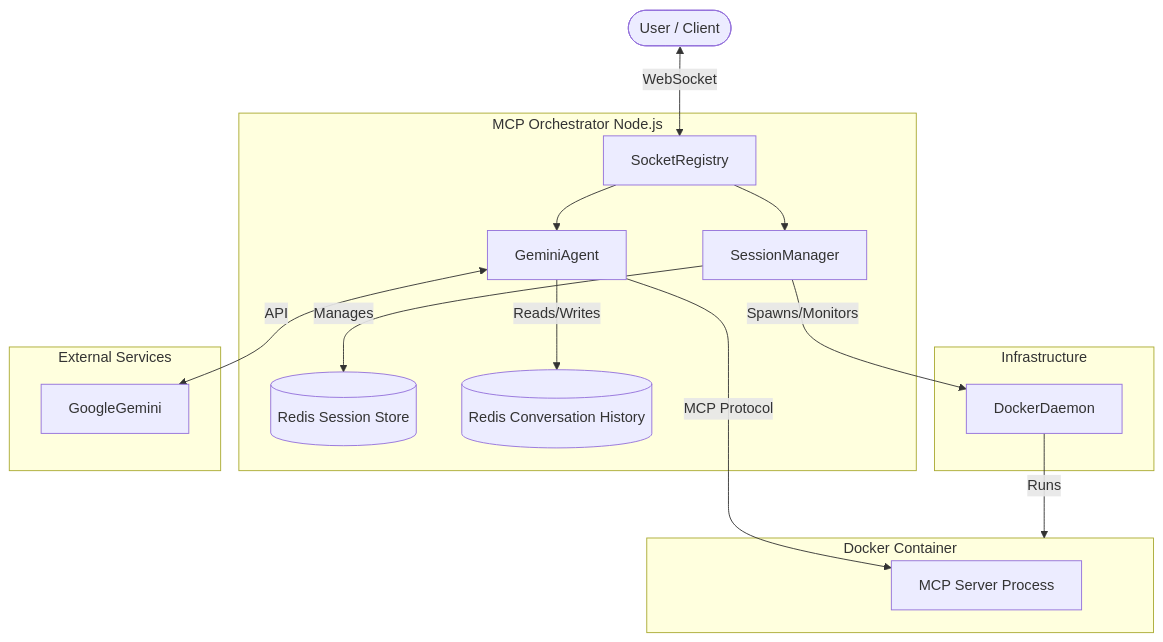
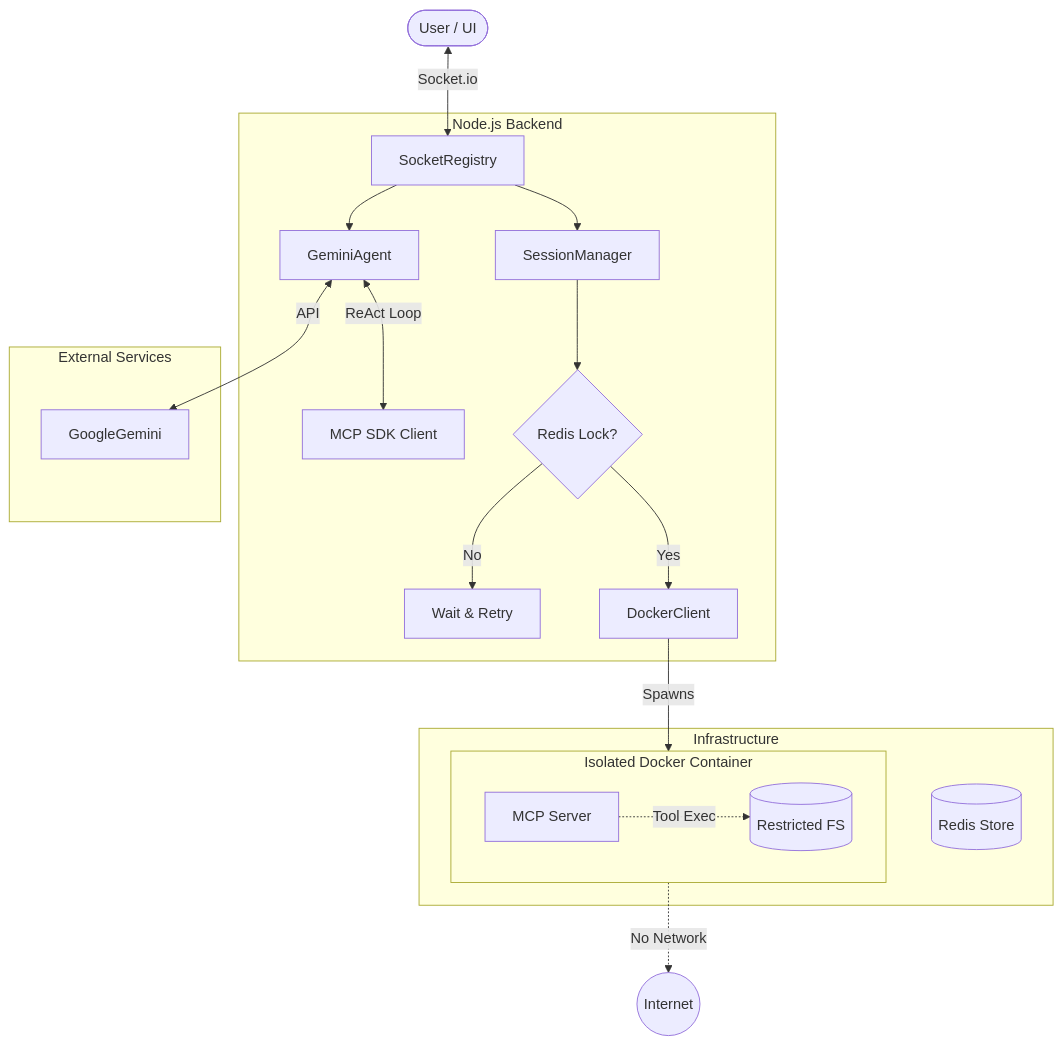
The diagram in docs/business_flow.md (SouzaEduardoAC/mcp-orchestrator), drawn with Mermaid before and after one commit. The commit also changed other lines of this file and 9 other files, not shown here.

````diff
--- a/docs/business_flow.md
+++ b/docs/business_flow.md
@@ -14,28 +14,31 @@
 ```mermaid
 flowchart TD
-    User([User / Client]) <-->|WebSocket| SocketRegistry
+    User([User / UI]) <-->|Socket.io| SocketRegistry
     
-    subgraph Orchestrator [MCP Orchestrator Node.js]
+    subgraph Orchestrator [Node.js Backend]
         SocketRegistry --> SessionManager
+        SessionManager --> Lock{Redis Lock?}
+        Lock -- Yes --> DockerClient
+        Lock -- No --> Retry[Wait & Retry]
+        
         SocketRegistry --> GeminiAgent
-        
-        SessionManager -- Manages --> SessionState[(Redis Session Store)]
-        GeminiAgent -- Reads/Writes --> ConvHistory[(Redis Conversation History)]
+        GeminiAgent <-->|ReAct Loop| MCPClient[MCP SDK Client]
     end
     
     subgraph Infrastructure
-        SessionManager -- Spawns/Monitors --> DockerDaemon
+        Redis[(Redis Store)]
+        DockerClient -- Spawns --> Sandbox
     end
     
-    subgraph Sandbox [Docker Container]
-        MCPServer[MCP Server Process]
+    subgraph Sandbox [Isolated Docker Container]
+        MCPServer[MCP Server]
+        MCPServer -.->|Tool Exec| LocalFS[(Restricted FS)]
     end
     
     subgraph AI [External Services]
         GeminiAgent <-->|API| GoogleGemini
     end
-    
-    %% Connections
-    GeminiAgent -- MCP Protocol --> MCPServer
-    DockerDaemon -- Runs --> Sandbox
+
+    %% Security Constraints
+    Sandbox -.->|No Network| Internet((Internet))
 ```
````
